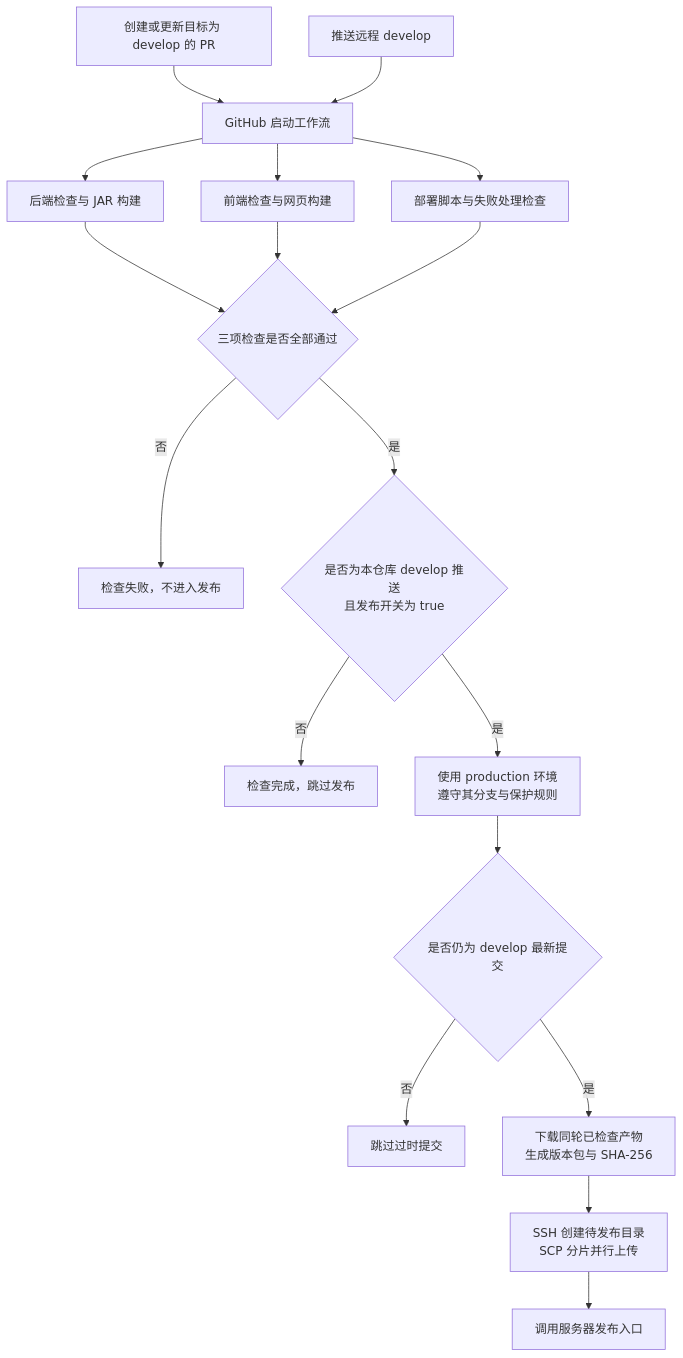
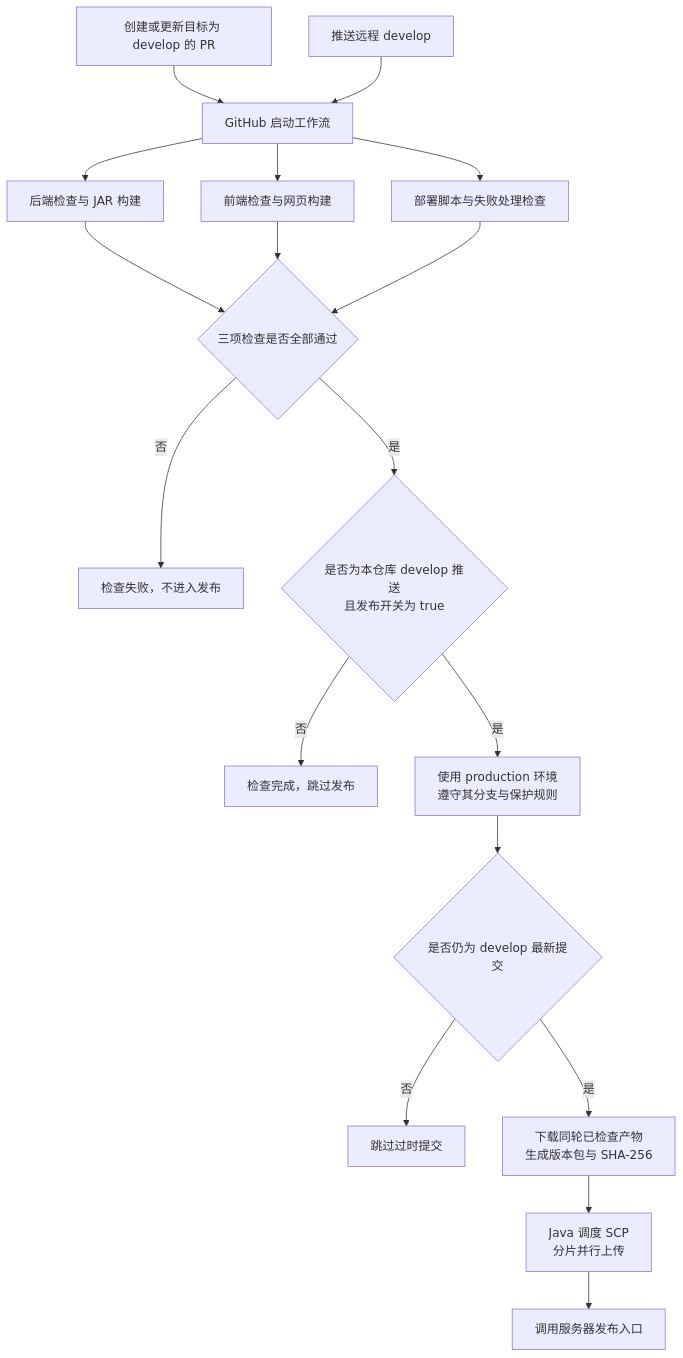
The first of 2 diagrams in .github/workflows/README.md (ScLiuxx/ginkgo-food-map-v2), drawn with Mermaid before and after one commit. The commit also changed other lines of this file and 16 other files, not shown here.

````diff
--- a/.github/workflows/README.md
+++ b/.github/workflows/README.md
@@ -25,22 +25,22 @@
 ```mermaid
 flowchart TD
     PR[创建或更新目标为 develop 的 PR] --> START[GitHub 启动工作流]
     PUSH[推送远程 develop] --> START
 
     START --> BACKEND[后端检查与 JAR 构建]
     START --> FRONTEND[前端检查与网页构建]
     START --> SCRIPTS[部署脚本与失败处理检查]
 
     BACKEND --> CHECKS{三项检查是否全部通过}
     FRONTEND --> CHECKS
     SCRIPTS --> CHECKS
     CHECKS -->|否| FAILED[检查失败，不进入发布]
     CHECKS -->|是| GATE{是否为本仓库 develop 推送<br/>且发布开关为 true}
     GATE -->|否| CI_ONLY[检查完成，跳过发布]
     GATE -->|是| ENV[使用 production 环境<br/>遵守其分支与保护规则]
     ENV --> LATEST{是否仍为 develop 最新提交}
     LATEST -->|否| SKIP[跳过过时提交]
     LATEST -->|是| PACKAGE[下载同轮已检查产物<br/>生成版本包与 SHA-256]
-    PACKAGE --> SSH[SSH 创建待发布目录<br/>SCP 分片并行上传]
+    PACKAGE --> SSH[Java 调度 SCP<br/>分片并行上传]
     SSH --> SERVER[调用服务器发布入口]
 ```
````
